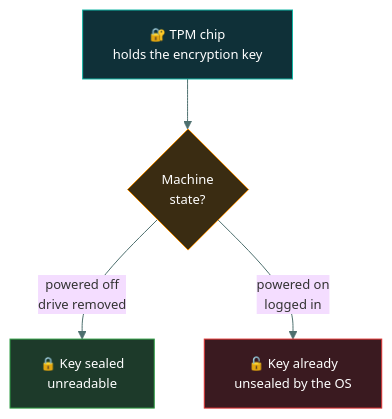
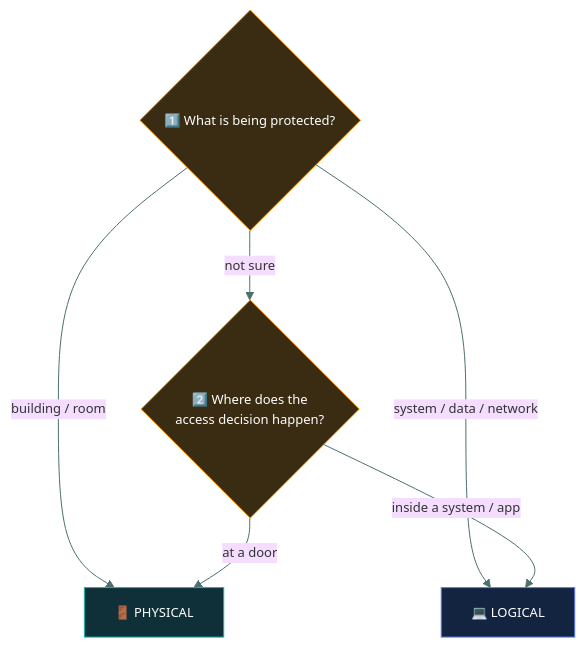
The third of 3 diagrams in 03-access-control/logical-access-controls/README.md (tarunTejaDesireddy/cc-exam-prep), drawn with Mermaid before and after one commit. The commit also changed other lines of this file, not shown here.

Commit message:
Replace logical access controls with caveman-style version, diagrams and questions

````diff
--- a/03-access-control/logical-access-controls/README.md
+++ b/03-access-control/logical-access-controls/README.md
@@ -188,12 +318,15 @@
 ```mermaid
 %%{init: {'theme':'base','themeVariables':{'fontSize':'13px','lineColor':'#4d6f6e','textColor':'#dbe7e6'}}}%%
 flowchart TD
-    T["🔐 TPM chip<br/>holds the encryption key"] --> B{"Machine<br/>state?"}
-    B -->|"powered off<br/>drive removed"| U["🔒 Key sealed<br/>unreadable"]
-    B -->|"powered on<br/>logged in"| K["🔓 Key already<br/>unsealed by the OS"]
+    Q1{"1️⃣ What is being protected?"}
+    Q1 -->|"building / room"| P["🚪 PHYSICAL"]
+    Q1 -->|"system / data / network"| L["💻 LOGICAL"]
+    Q1 -->|"not sure"| Q2{"2️⃣ Where does the<br/>access decision happen?"}
+    Q2 -->|"at a door"| P
+    Q2 -->|"inside a system / app"| L
 
-    style T fill:#0f3038,stroke:#12B5A5,color:#fff
-    style B fill:#3a2c12,stroke:#F08C00,color:#fff
-    style U fill:#1d3a2a,stroke:#2F9E44,color:#fff
-    style K fill:#3a1a20,stroke:#E03131,color:#fff
+    style Q1 fill:#3a2c12,stroke:#F08C00,color:#fff
+    style Q2 fill:#3a2c12,stroke:#F08C00,color:#fff
+    style P fill:#0f3038,stroke:#12B5A5,color:#fff
+    style L fill:#12243f,stroke:#5C7CFA,color:#fff
 ```
````
